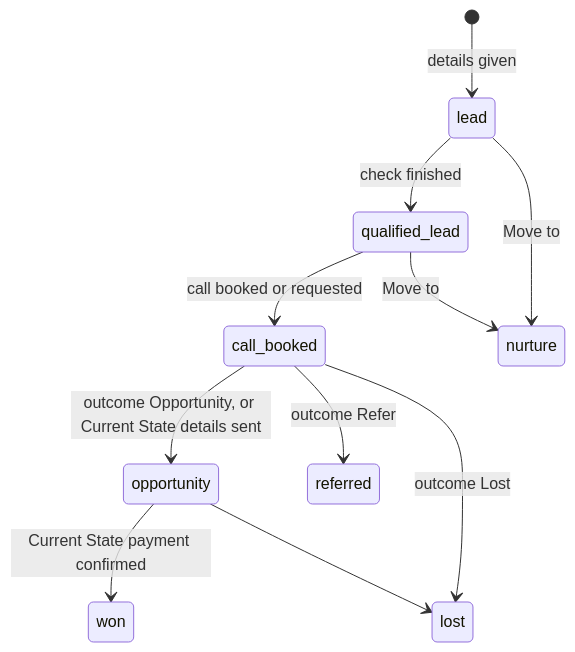
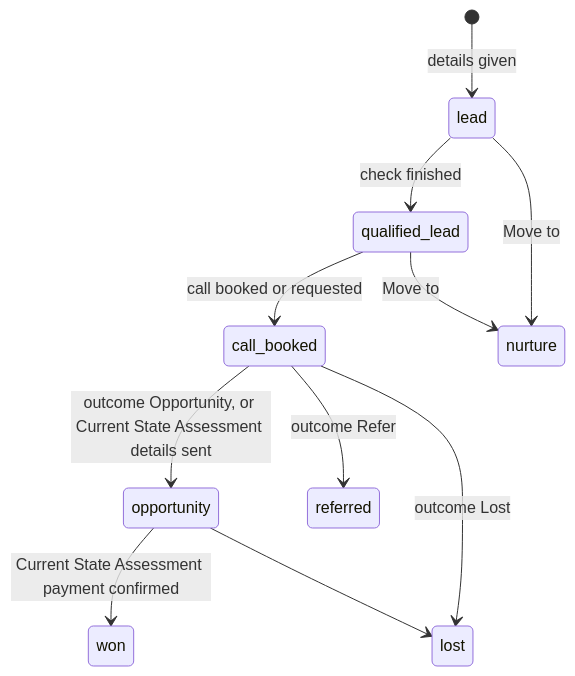
One commit to IPfactory01/IPF-SME changed the second of 3 diagrams in docs/product/03-app-flow.md. Above: the diagram before and after it, drawn with Mermaid. The commit also changed other lines of this file and 24 other files, not shown here.

First line of the commit message:
Call the paid assessment "Current State Assessment" everywhere

````diff
--- a/docs/product/03-app-flow.md
+++ b/docs/product/03-app-flow.md
@@ -157,13 +157,13 @@
 ```mermaid
 stateDiagram-v2
   [*] --> lead: details given
   lead --> qualified_lead: check finished
   qualified_lead --> call_booked: call booked or requested
-  call_booked --> opportunity: outcome Opportunity, or Current State details sent
+  call_booked --> opportunity: outcome Opportunity, or Current State Assessment details sent
   call_booked --> referred: outcome Refer
   call_booked --> lost: outcome Lost
-  opportunity --> won: Current State payment confirmed
+  opportunity --> won: Current State Assessment payment confirmed
   opportunity --> lost
   lead --> nurture: Move to
   qualified_lead --> nurture: Move to
 ```
````
